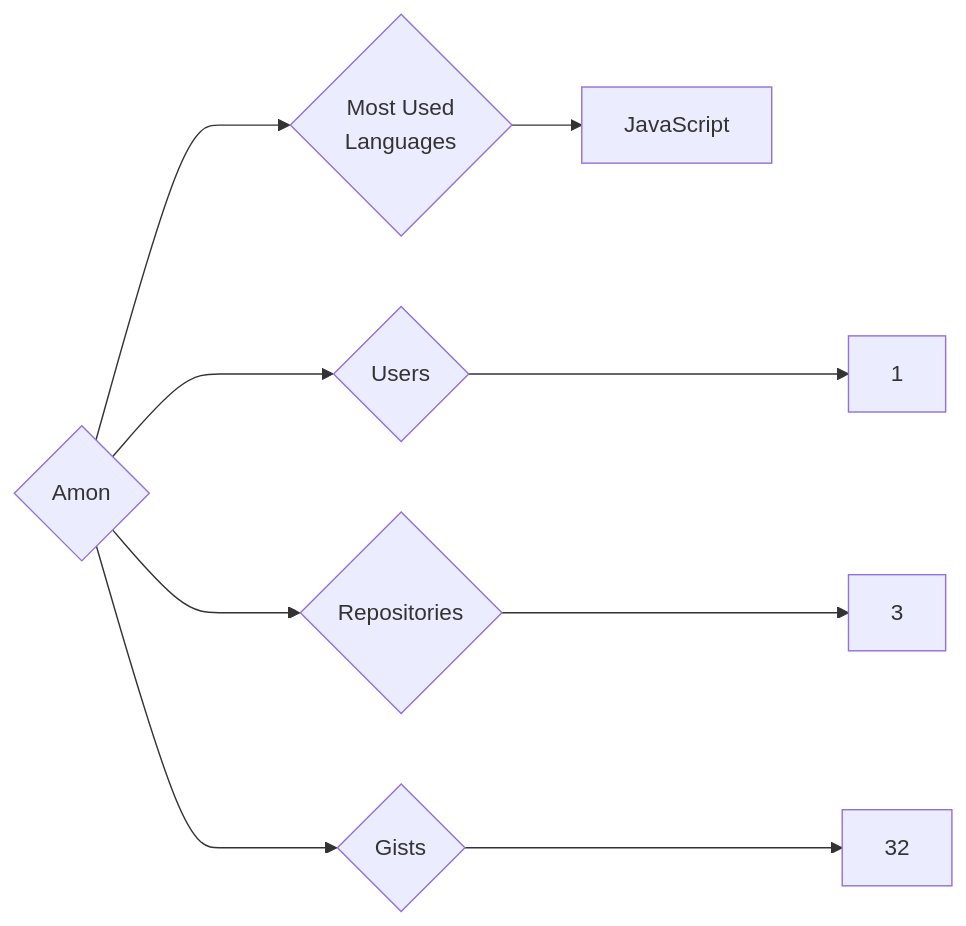
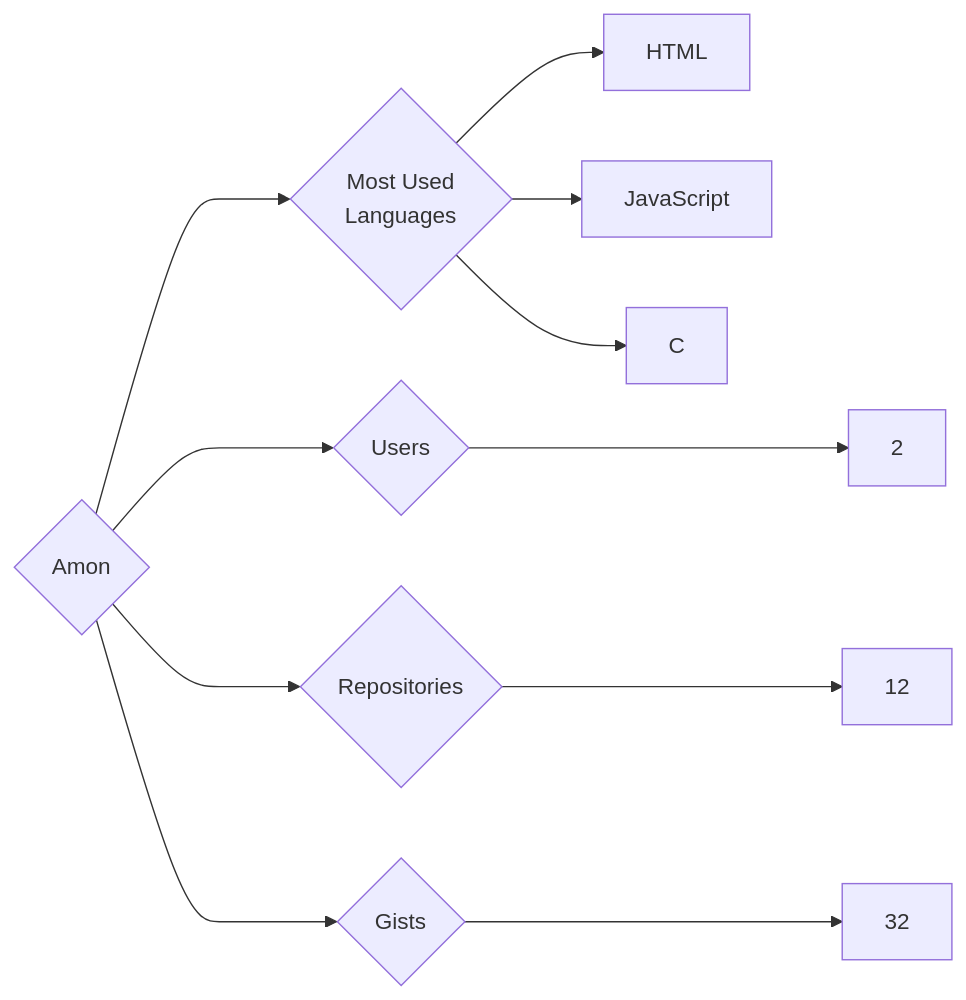
One commit to trickest/insiders changed the diagram in targets/Amon/README.md. Above: the diagram before and after it, drawn with Mermaid. The commit also changed 636 other files, not shown here.

````diff
--- a/targets/Amon/README.md
+++ b/targets/Amon/README.md
@@ -3,9 +3,11 @@
 ```mermaid
 graph LR
 COMPANY_NAME{Amon}
-COMPANY_NAME ---> U{Users} ---> UN[1]
-COMPANY_NAME ---> R{Repositories} ---> RN[3]
+COMPANY_NAME ---> U{Users} ---> UN[2]
+COMPANY_NAME ---> R{Repositories} ---> RN[12]
 COMPANY_NAME ---> G{Gists} ---> GN[32]
 COMPANY_NAME ---> ML{Most Used<br>Languages}
+ML --> HTML[HTML]
 ML --> JavaScript[JavaScript]
+ML --> C[C]
 ```
````
